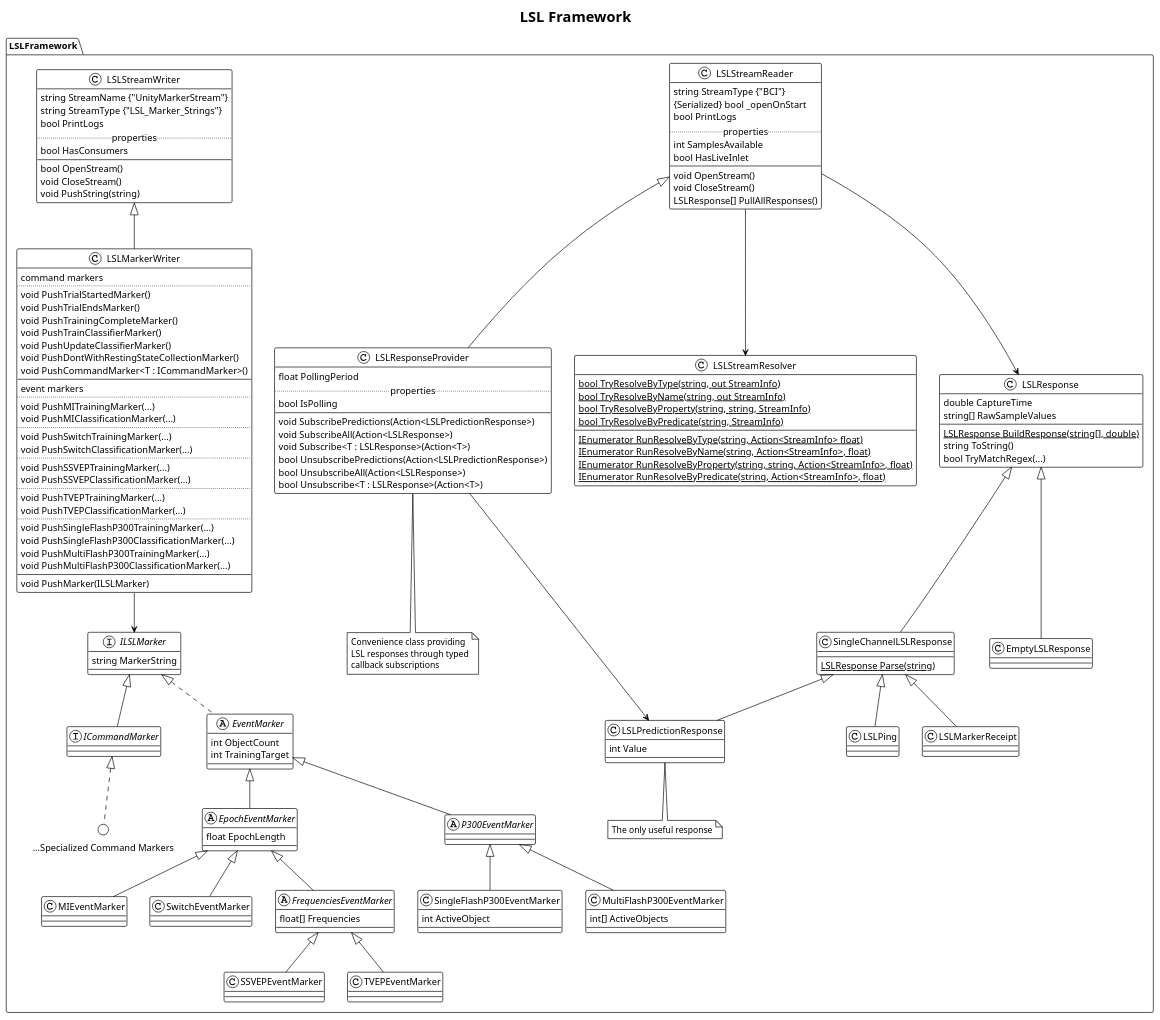
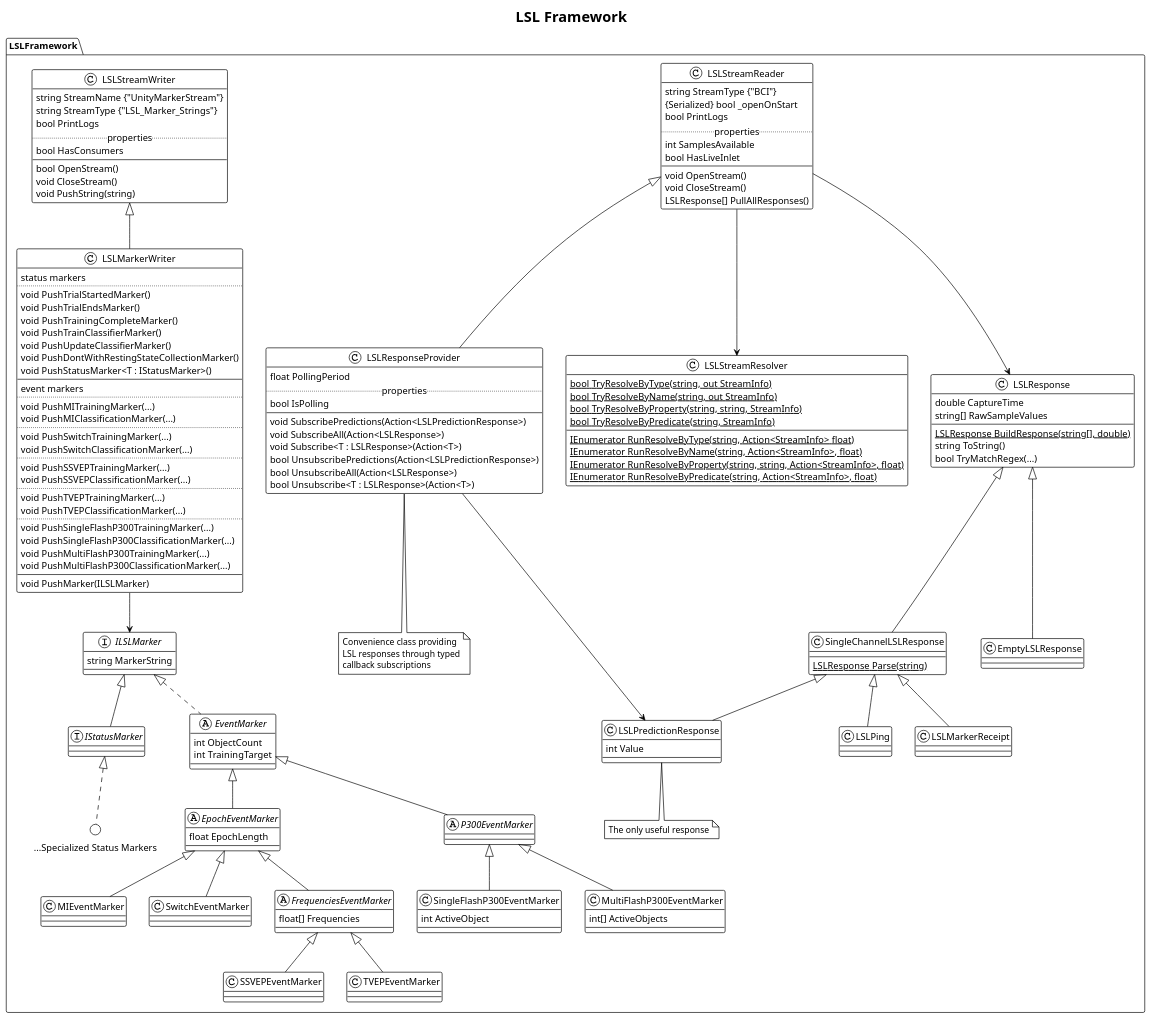
Before and after one commit to BCI-Games/bessy-docs: the diagram in content/bessy-unity/lsl-framework/lsl-framework.plantuml, drawn with PlantUML. The commit also changed 4 other files, not shown here.

Commit message:
Updated naming of "status" markers

```diff
--- a/content/bessy-unity/lsl-framework/lsl-framework.plantuml
+++ b/content/bessy-unity/lsl-framework/lsl-framework.plantuml
@@ -1,162 +1,162 @@
 @startuml lsl-framework
 !theme plain
 title
 LSL Framework
 end title
 
 namespace LSLFramework {
     class LSLStreamReader {
         string StreamType {"BCI"}
         {Serialized} bool _openOnStart
         bool PrintLogs
         ..properties..
         int SamplesAvailable
         bool HasLiveInlet
         --
         void OpenStream()
         void CloseStream()
         LSLResponse[] PullAllResponses()
     }
 
     class LSLResponseProvider extends LSLStreamReader {
         float PollingPeriod
         ..properties..
         bool IsPolling
         --
         void SubscribePredictions(Action<LSLPredictionResponse>)
         void SubscribeAll(Action<LSLResponse>)
         void Subscribe<T : LSLResponse>(Action<T>)
         bool UnsubscribePredictions(Action<LSLPredictionResponse>)
         bool UnsubscribeAll(Action<LSLResponse>)
         bool Unsubscribe<T : LSLResponse>(Action<T>)
     }
 
     note bottom
         Convenience class providing
         LSL responses through typed
         callback subscriptions
     end note
 
 
     class LSLStreamWriter {
         string StreamName {"UnityMarkerStream"}
         string StreamType {"LSL_Marker_Strings"}
         bool PrintLogs
         ..properties..
         bool HasConsumers
         --
         bool OpenStream()
         void CloseStream()
         void PushString(string)
     }
 
     class LSLMarkerWriter extends LSLStreamWriter {
-        command markers
+        status markers
         ..
         void PushTrialStartedMarker()
         void PushTrialEndsMarker()
         void PushTrainingCompleteMarker()
         void PushTrainClassifierMarker()
         void PushUpdateClassifierMarker()
         void PushDontWithRestingStateCollectionMarker()
-        void PushCommandMarker<T : ICommandMarker>()
+        void PushStatusMarker<T : IStatusMarker>()
         --
         event markers
         ..
         void PushMITrainingMarker(...)
         void PushMIClassificationMarker(...)
         ..
         void PushSwitchTrainingMarker(...)
         void PushSwitchClassificationMarker(...)
         ..
         void PushSSVEPTrainingMarker(...)
         void PushSSVEPClassificationMarker(...)
         ..
         void PushTVEPTrainingMarker(...)
         void PushTVEPClassificationMarker(...)
         ..
         void PushSingleFlashP300TrainingMarker(...)
         void PushSingleFlashP300ClassificationMarker(...)
         void PushMultiFlashP300TrainingMarker(...)
         void PushMultiFlashP300ClassificationMarker(...)
         --
         void PushMarker(ILSLMarker)
     }
 
 
     class LSLStreamResolver {
         {static} bool TryResolveByType(string, out StreamInfo)
         {static} bool TryResolveByName(string, out StreamInfo)
         {static} bool TryResolveByProperty(string, string, StreamInfo)
         {static} bool TryResolveByPredicate(string, StreamInfo)
         --
         {static} IEnumerator RunResolveByType(string, Action<StreamInfo> float)
         {static} IEnumerator RunResolveByName(string, Action<StreamInfo>, float)
         {static} IEnumerator RunResolveByProperty(string, string, Action<StreamInfo>, float)
         {static} IEnumerator RunResolveByPredicate(string, Action<StreamInfo>, float)
     }
 
 
     interface ILSLMarker {
         string MarkerString
     }
 
-    interface ICommandMarker extends ILSLMarker
+    interface IStatusMarker extends ILSLMarker
 
-    circle "...Specialized Command Markers" as command_markers implements ICommandMarker
+    circle "...Specialized Status Markers" as status_markers implements IStatusMarker
 
     abstract EventMarker implements ILSLMarker {
         int ObjectCount
         int TrainingTarget
     }
 
     abstract EpochEventMarker extends EventMarker {
         float EpochLength
     }
     class MIEventMarker extends EpochEventMarker
     class SwitchEventMarker extends EpochEventMarker
 
     abstract FrequenciesEventMarker extends EpochEventMarker {
         float[] Frequencies
     }
     class SSVEPEventMarker extends FrequenciesEventMarker
     class TVEPEventMarker extends FrequenciesEventMarker
 
     abstract P300EventMarker extends EventMarker
     class SingleFlashP300EventMarker extends P300EventMarker {
         int ActiveObject
     }
     class MultiFlashP300EventMarker extends P300EventMarker {
         int[] ActiveObjects
     }
 
 
     class LSLPredictionResponse extends SingleChannelLSLResponse {
         int Value
     }
     note bottom of LSLPredictionResponse: The only useful response
 
     class LSLResponse {
         double CaptureTime
         string[] RawSampleValues
         {static} LSLResponse BuildResponse(string[], double)
         string ToString()
         bool TryMatchRegex(...)
     }
     class EmptyLSLResponse extends LSLResponse
 
     class SingleChannelLSLResponse extends LSLResponse {
         {static} LSLResponse Parse(string)
     }
     class LSLPing extends SingleChannelLSLResponse
 
     class LSLMarkerReceipt extends SingleChannelLSLResponse
 }
 
 
 LSLMarkerWriter --> ILSLMarker
 LSLStreamReader --> LSLResponse
 LSLStreamReader --> LSLStreamResolver
 LSLResponseProvider --> LSLPredictionResponse
 
 @enduml
```
